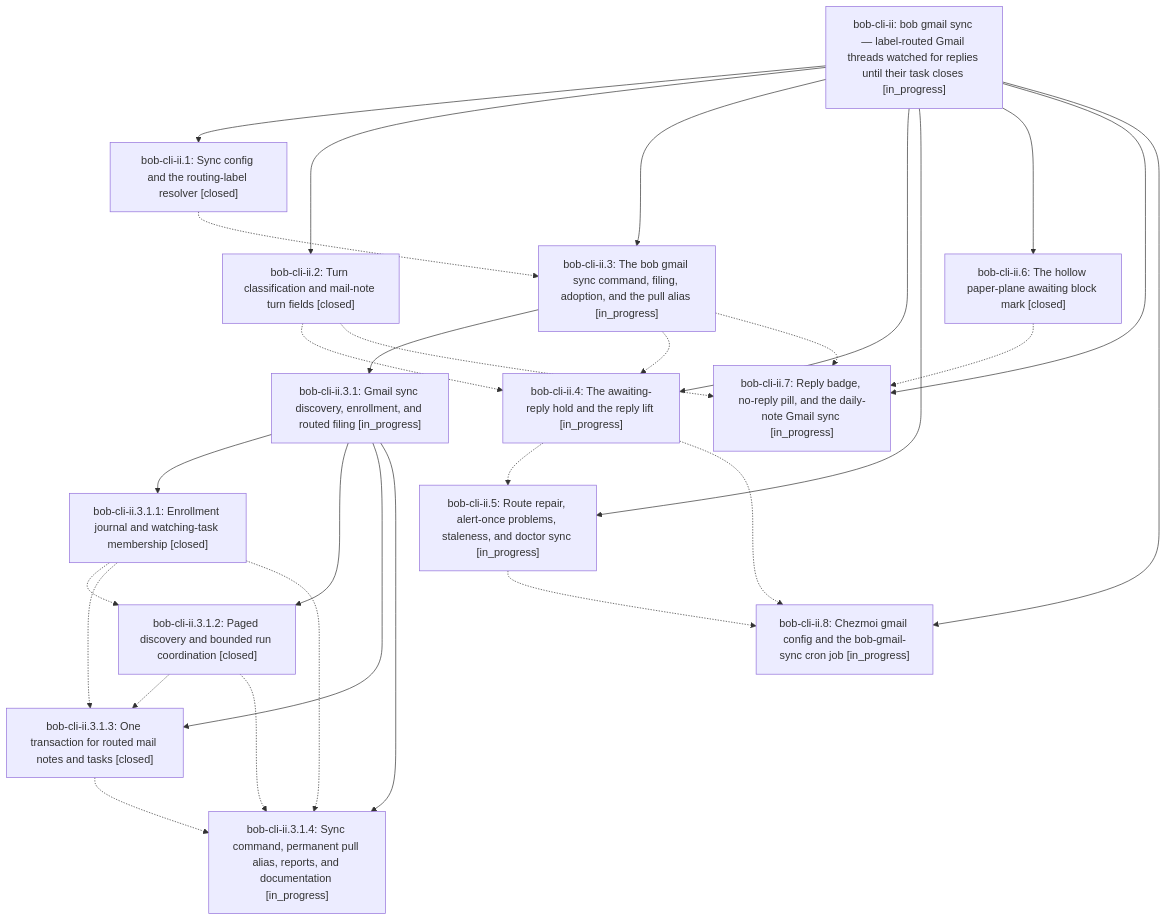
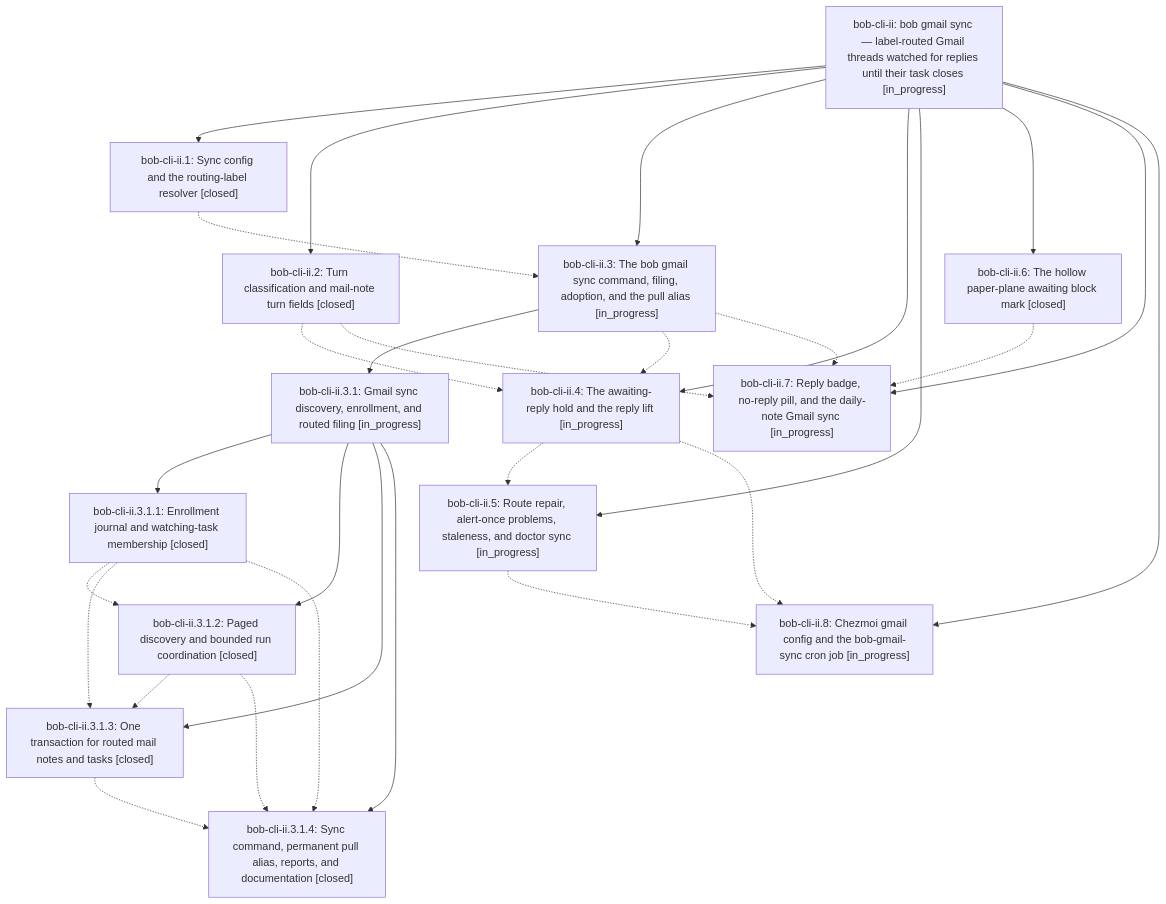
The diagram in pages/bob-cli-ii/README.md (bobs-org/bob-cli--beads), drawn with Mermaid before and after one commit. The commit also changed other lines of this file and 5 other files, not shown here.

First line of the commit message:
chore(beads): sync bead state and pages for bob-cli-ii

````diff
--- a/pages/bob-cli-ii/README.md
+++ b/pages/bob-cli-ii/README.md
@@ -43,45 +43,45 @@
 ```mermaid
 flowchart TD
     n0["bob-cli-ii: bob gmail sync — label-routed Gmail threads watched for replies until their task closes [in_progress]"]
     n1["bob-cli-ii.1: Sync config and the routing-label resolver [closed]"]
     n2["bob-cli-ii.2: Turn classification and mail-note turn fields [closed]"]
     n3["bob-cli-ii.3: The bob gmail sync command, filing, adoption, and the pull alias [in_progress]"]
     n4["bob-cli-ii.3.1: Gmail sync discovery, enrollment, and routed filing [in_progress]"]
     n5["bob-cli-ii.3.1.1: Enrollment journal and watching-task membership [closed]"]
     n6["bob-cli-ii.3.1.2: Paged discovery and bounded run coordination [closed]"]
     n7["bob-cli-ii.3.1.3: One transaction for routed mail notes and tasks [closed]"]
-    n8["bob-cli-ii.3.1.4: Sync command, permanent pull alias, reports, and documentation [in_progress]"]
+    n8["bob-cli-ii.3.1.4: Sync command, permanent pull alias, reports, and documentation [closed]"]
     n9["bob-cli-ii.4: The awaiting-reply hold and the reply lift [in_progress]"]
     n10["bob-cli-ii.5: Route repair, alert-once problems, staleness, and doctor sync [in_progress]"]
     n11["bob-cli-ii.6: The hollow paper-plane awaiting block mark [closed]"]
     n12["bob-cli-ii.7: Reply badge, no-reply pill, and the daily-note Gmail sync [in_progress]"]
     n13["bob-cli-ii.8: Chezmoi gmail config and the bob-gmail-sync cron job [in_progress]"]
     n0 --> n1
     n0 --> n2
     n0 --> n3
     n3 --> n4
     n4 --> n5
     n4 --> n6
     n4 --> n7
     n4 --> n8
     n0 --> n9
     n0 --> n10
     n0 --> n11
     n0 --> n12
     n0 --> n13
     n1 -.-> n3
     n2 -.-> n9
     n2 -.-> n12
     n3 -.-> n9
     n3 -.-> n12
     n5 -.-> n6
     n5 -.-> n7
     n5 -.-> n8
     n6 -.-> n7
     n6 -.-> n8
     n7 -.-> n8
     n9 -.-> n10
     n9 -.-> n13
     n10 -.-> n13
     n11 -.-> n12
 ```
````
